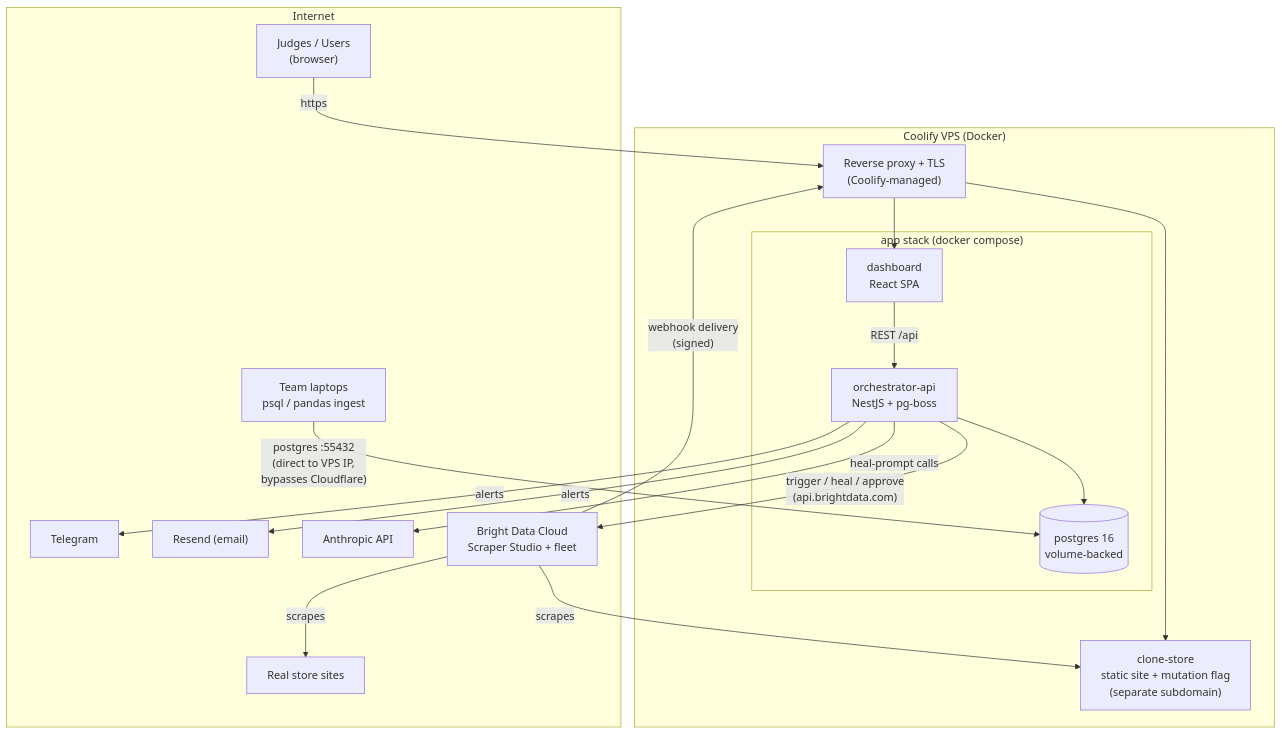
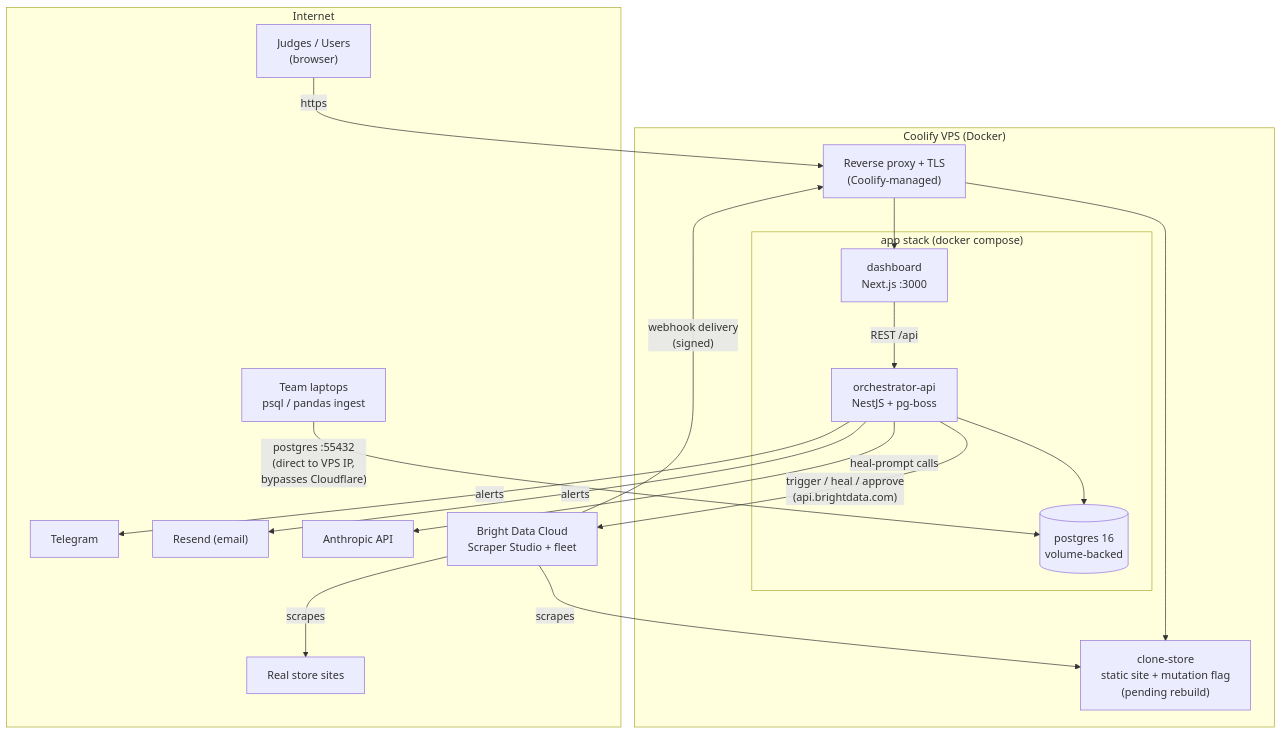
One commit to spencerjireh/basketwatch changed the fifth of 5 diagrams in docs/architecture.md. Above: the diagram before and after it, drawn with Mermaid. The commit also changed other lines of this file and 56 other files, not shown here.

````diff
--- a/docs/architecture.md
+++ b/docs/architecture.md
@@ -319,36 +346,36 @@
 ```mermaid
 flowchart TB
     subgraph INET["Internet"]
         JUDGE["Judges / Users<br/>(browser)"]
         TG["Telegram"]
         RESEND["Resend (email)"]
         ANTHROPIC["Anthropic API"]
         BDCLOUD["Bright Data Cloud<br/>Scraper Studio + fleet"]
         STORES["Real store sites"]
         TEAM["Team laptops<br/>psql / pandas ingest"]
     end
 
     subgraph COOLIFY["Coolify VPS (Docker)"]
         PROXY["Reverse proxy + TLS<br/>(Coolify-managed)"]
         subgraph APP["app stack (docker compose)"]
-            WEB["dashboard<br/>React SPA"]
+            WEB["dashboard<br/>Next.js :3000"]
             APIC["orchestrator-api<br/>NestJS + pg-boss"]
             PG[("postgres 16<br/>volume-backed")]
         end
-        CLONE["clone-store<br/>static site + mutation flag<br/>(separate subdomain)"]
+        CLONE["clone-store<br/>static site + mutation flag<br/>(pending rebuild)"]
     end
 
     JUDGE -->|https| PROXY
     PROXY --> WEB
     PROXY --> CLONE
     WEB -->|REST /api| APIC
     APIC --> PG
     APIC -->|"trigger / heal / approve<br/>(api.brightdata.com)"| BDCLOUD
     BDCLOUD -->|"webhook delivery<br/>(signed)"| PROXY
     BDCLOUD -->|scrapes| STORES
     BDCLOUD -->|scrapes| CLONE
     APIC -->|heal-prompt calls| ANTHROPIC
     APIC -->|alerts| RESEND
     APIC -->|alerts| TG
     TEAM -->|"postgres :55432<br/>(direct to VPS IP,<br/>bypasses Cloudflare)"| PG
 ```
````
